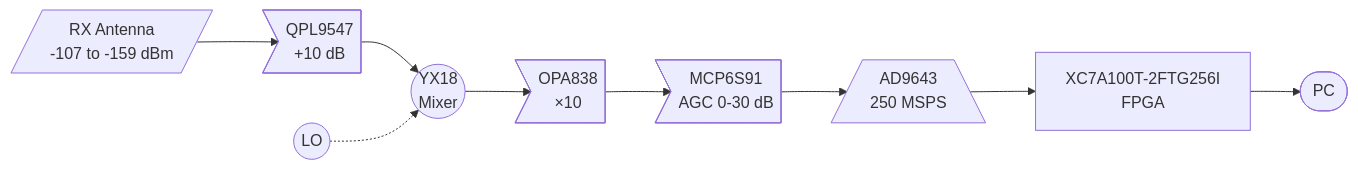
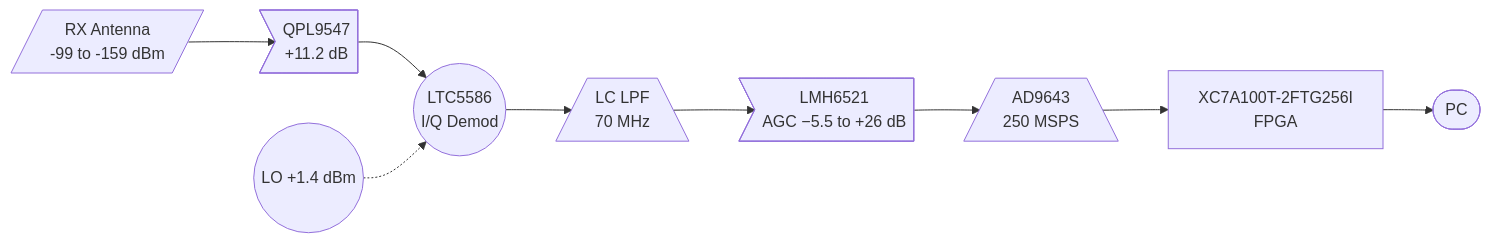
One commit to oliskcz/Lyrion-Radar changed the third of 4 diagrams in README.md. Above: the diagram before and after it, drawn with Mermaid. The commit also changed other lines of this file and 1 other file, not shown here.

First line of the commit message:
RX chain redesign: I/Q architecture with LTC5586 + LMH6521

````diff
--- a/README.md
+++ b/README.md
@@ -251,7 +274,7 @@
 ```mermaid
 flowchart LR
-    RXANT[/"RX Antenna<br/>-107 to -159 dBm"/] --> LNA>"QPL9547<br/>+10 dB"] --> MIX(("YX18<br/>Mixer"))
-    MIX --> IFA>"OPA838<br/>×10"] --> AGC>"MCP6S91<br/>AGC 0-30 dB"] --> ADC[/"AD9643<br/>250 MSPS"\] --> FPGA["XC7A100T-2FTG256I<br/>FPGA"] --> PC(["PC"])
+    RXANT[/"RX Antenna<br/>-99 to -159 dBm"/] --> LNA>"QPL9547<br/>+11.2 dB"] --> IQDEM(("LTC5586<br/>I/Q Demod"))
+    IQDEM --> LPF[/"LC LPF<br/>70 MHz"\] --> DVGA>"LMH6521<br/>AGC −5.5 to +26 dB"] --> ADC[/"AD9643<br/>250 MSPS"\] --> FPGA["XC7A100T-2FTG256I<br/>FPGA"] --> PC(["PC"])
 
-    LO_in(("LO")) -.-> MIX
+    LO_in(("LO +1.4 dBm")) -.-> IQDEM
 ```
````
